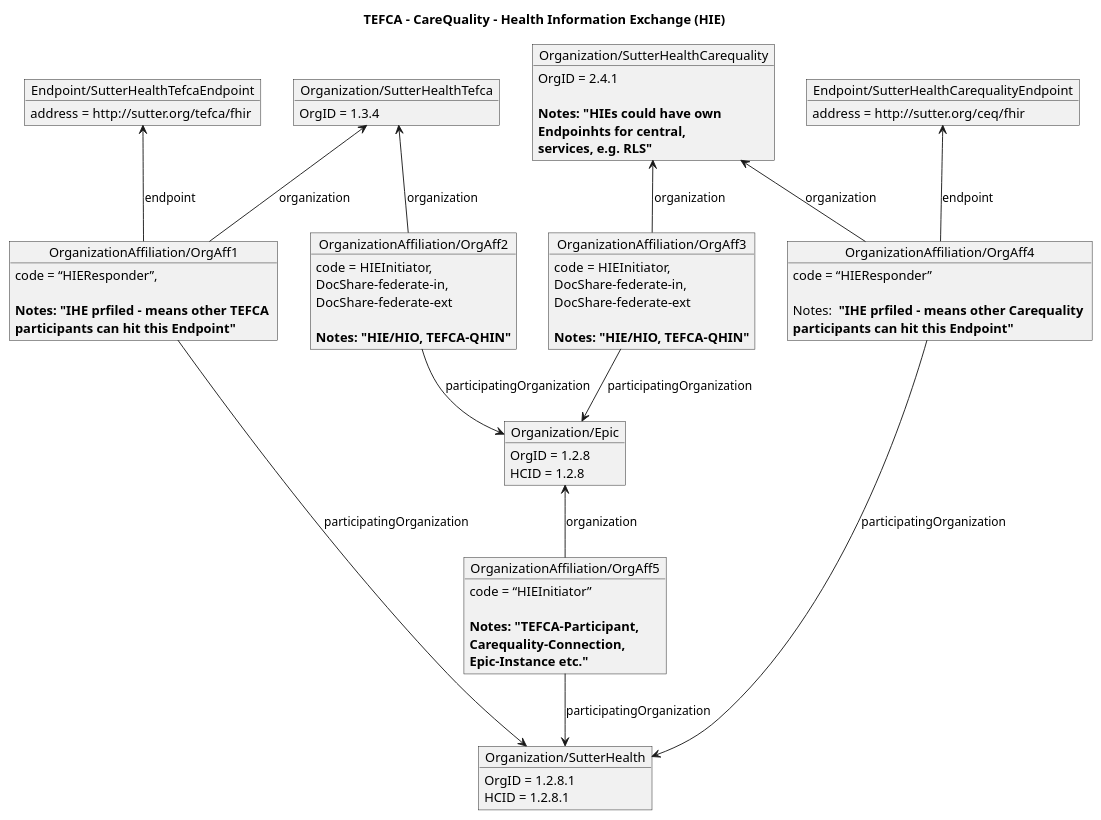
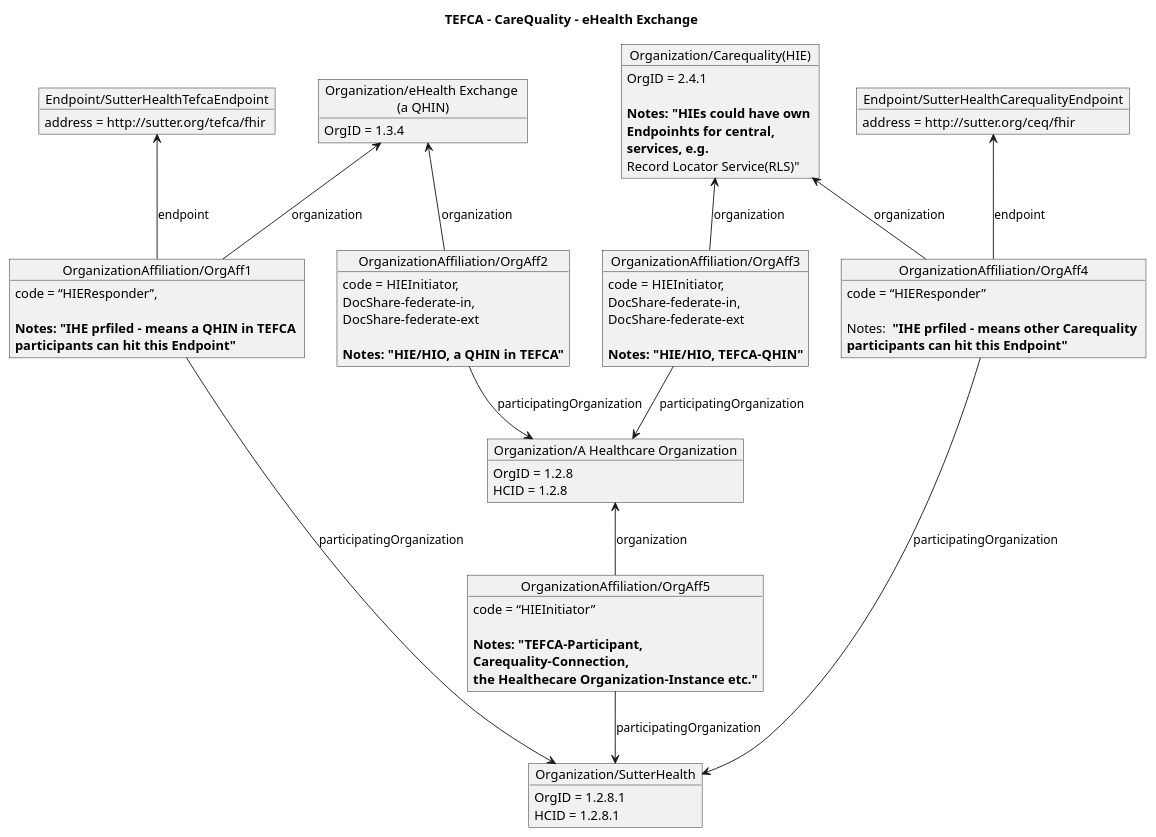
One commit to HL7/fhir-us-ndh changed the diagram in input/images-source/OrganizationAffiliationIHE4.plantuml. Above: the diagram before and after it, drawn with PlantUML. The commit also changed 1 other file, not shown here.

```diff
--- a/input/images-source/OrganizationAffiliationIHE4.plantuml
+++ b/input/images-source/OrganizationAffiliationIHE4.plantuml
@@ -1,59 +1,59 @@
 @startuml 
 
-title "TEFCA - CareQuality - Health Information Exchange (HIE)"
-object "Organization/SutterHealthTefca" as tefca
+title "TEFCA - CareQuality - eHealth Exchange"
+object "Organization/eHealth Exchange \n(a QHIN)" as tefca
 tefca : OrgID = 1.3.4
 
 object "Endpoint/SutterHealthTefcaEndpoint" as tefcaEp
 tefcaEp : address = http://sutter.org/tefca/fhir
 
-object "Organization/SutterHealthCarequality" as carequality
+object "Organization/Carequality(HIE)" as carequality
 carequality : OrgID = 2.4.1\n
-carequality : <b>Notes: "HIEs could have own \n<b>Endpoinhts for central, \n<b>services, e.g. RLS"
+carequality : <b>Notes: "HIEs could have own \n<b>Endpoinhts for central, \n<b>services, e.g. \nRecord Locator Service(RLS)"
 
 object "Endpoint/SutterHealthCarequalityEndpoint" as carequalityEp
 carequalityEp : address = http://sutter.org/ceq/fhir
 
 object "Organization/SutterHealth" as sutter
 sutter : OrgID = 1.2.8.1
 sutter : HCID = 1.2.8.1
 
 object "OrganizationAffiliation/OrgAff1" as OrgAff1
 OrgAff1 : code = “HIEResponder”, \n
-OrgAff1 : <b>Notes: "IHE prfiled - means other TEFCA \n<b>participants can hit this Endpoint"
+OrgAff1 : <b>Notes: "IHE prfiled - means a QHIN in TEFCA \n<b>participants can hit this Endpoint"
 OrgAff1 -down-> sutter : participatingOrganization
 OrgAff1 -up-> tefca : organization
 OrgAff1 -up-> tefcaEp : endpoint
 
 object "OrganizationAffiliation/OrgAff2" as OrgAff2
 OrgAff2 : code = HIEInitiator, \nDocShare-federate-in, \nDocShare-federate-ext\n
-OrgAff2 : <b>Notes: "HIE/HIO, TEFCA-QHIN"</b>
+OrgAff2 : <b>Notes: "HIE/HIO, a QHIN in TEFCA"</b>
 OrgAff2 -up-> tefca : organization
 
 
-object "Organization/Epic" as epic 
+object "Organization/A Healthcare Organization" as epic 
 epic : OrgID = 1.2.8
 epic : HCID = 1.2.8
 OrgAff2 -down-> epic : participatingOrganization
 
 object "OrganizationAffiliation/OrgAff3" as OrgAff3
 OrgAff3 : code = HIEInitiator,\nDocShare-federate-in, \nDocShare-federate-ext \n
 OrgAff3 : <b>Notes: "HIE/HIO, TEFCA-QHIN"</b>
 OrgAff3 -down-> epic : participatingOrganization
 OrgAff3 -up-> carequality : organization
 
 object "OrganizationAffiliation/OrgAff4" as OrgAff4
 OrgAff4 : code = “HIEResponder”\n
 OrgAff4 : Notes: <b> "IHE prfiled - means other Carequality \n<b>participants can hit this Endpoint"
 OrgAff4 -down-> sutter : participatingOrganization
 OrgAff4 -up-> carequality : organization
 OrgAff4 -up-> carequalityEp : endpoint
 
 object "OrganizationAffiliation/OrgAff5" as OrgAff5
 OrgAff5 : code = “HIEInitiator”\n
-OrgAff5 : <b>Notes: "TEFCA-Participant, \n<b>Carequality-Connection, \n<b>Epic-Instance etc."
+OrgAff5 : <b>Notes: "TEFCA-Participant, \n<b>Carequality-Connection, \n<b>the Healthecare Organization-Instance etc."
 OrgAff5 -up-> epic : organization
 OrgAff5 -down-> sutter : participatingOrganization
 
 
 @enduml
```
